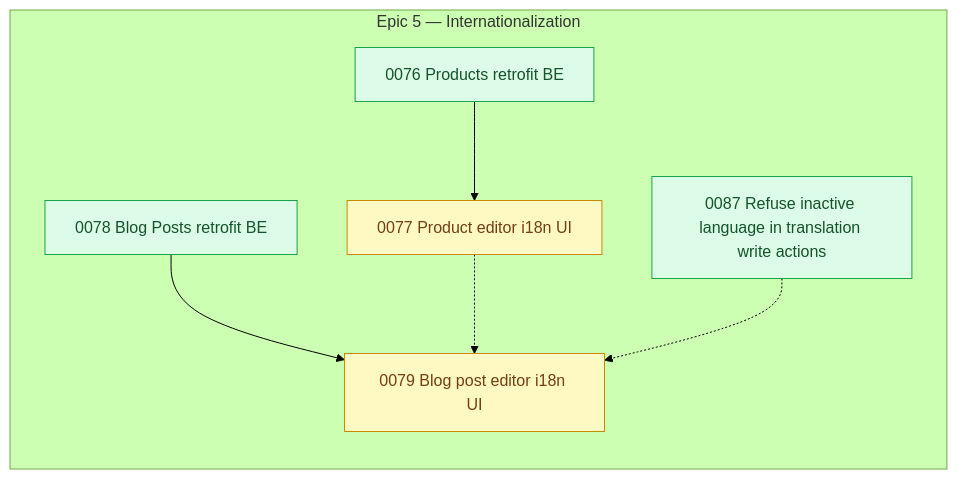
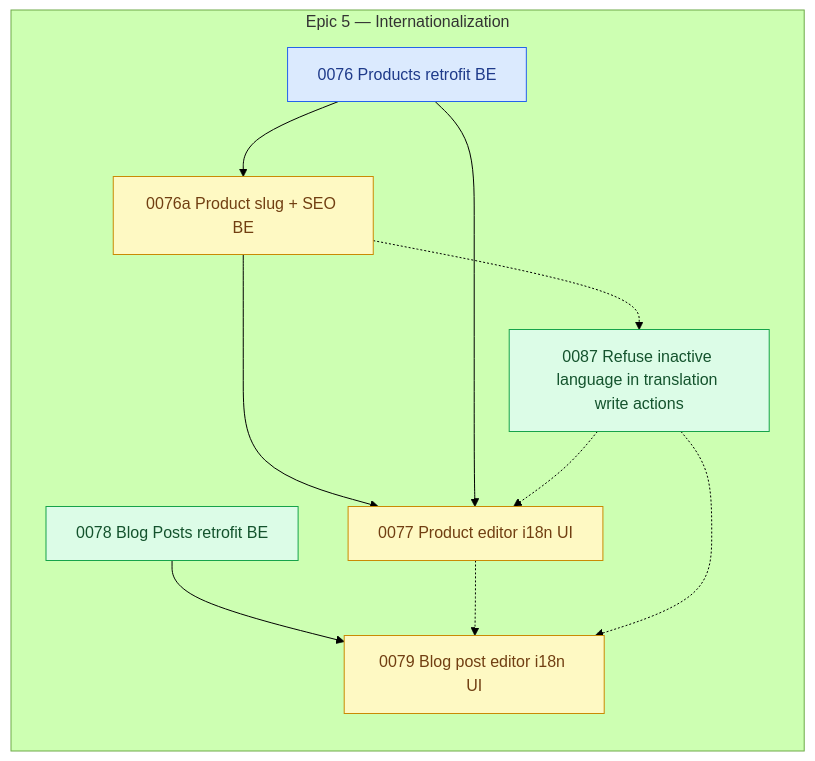
The diagram in arospe/ai-spec/tasks-map.md (shojen/AI4Devs-finalproject), drawn with Mermaid (forest theme) before and after one commit. The commit also changed other lines of this file and 4 other files, not shown here.

````diff
--- a/arospe/ai-spec/tasks-map.md
+++ b/arospe/ai-spec/tasks-map.md
@@ -542,6 +553,7 @@
         direction TB
         P0087["0087 Refuse inactive language in translation write actions"]
         P0076["0076 Products retrofit BE"]
+        P0076a["0076a Product slug + SEO BE"]
         P0077["0077 Product editor i18n UI"]
         P0078["0078 Blog Posts retrofit BE"]
         P0079["0079 Blog post editor i18n UI"]
@@ -610,16 +622,22 @@
     %% (P0067 -.-> P0069 dropped: 0067 closed to done/ 2026-10-02, the fourth Epic 5 story to close; its node and the conflict edge are removed.)
     %% (P0072 --> P0073 dropped: 0072 closed to done/ 2026-10-07; 0073 is now ready.)
     %% (P0074 --> P0075 dropped: 0074 closed to done/ 2026-10-15; 0075 is now ready.)
+    P0076 --> P0076a
+    P0076a --> P0077
+    %% (P0076 --> P0077 is kept as a direct hard edge too: 0077 consumes 0076's table and scope.)
     P0076 --> P0077
+    P0076a -.-> P0087
     P0078 --> P0079
     P0077 -.-> P0079
     %% (P0082 --> P0083 and P0082 -.-> P0076/P0078 dropped: 0082 is done; 0083 is now ready.)
     %% (P0084 --> P0085 dropped: 0084 is done; 0085 is done too.)
     %% (P0083 -.-> P0085 and P0083 --> P0086 dropped: 0083 is done; 0086 is now ready.)
 
-    class P0077,P0079 pending;
-    class P0076,P0078,P0087 ready;
+    class P0076a,P0077,P0079 pending;
+    class P0078,P0087 ready;
+    class P0076 claimed;
     P0087 -.-> P0079
+    P0087 -.-> P0077
     %% (P0075 closed to done/ 2026-10-27; P0073 closed to done/ 2026-10-08; no node remains `claimed`.)
     %% (P0071 --> P0073/P0075/P0079 dropped: 0071 closed to done/ 2026-10-07.)
 ```
````
